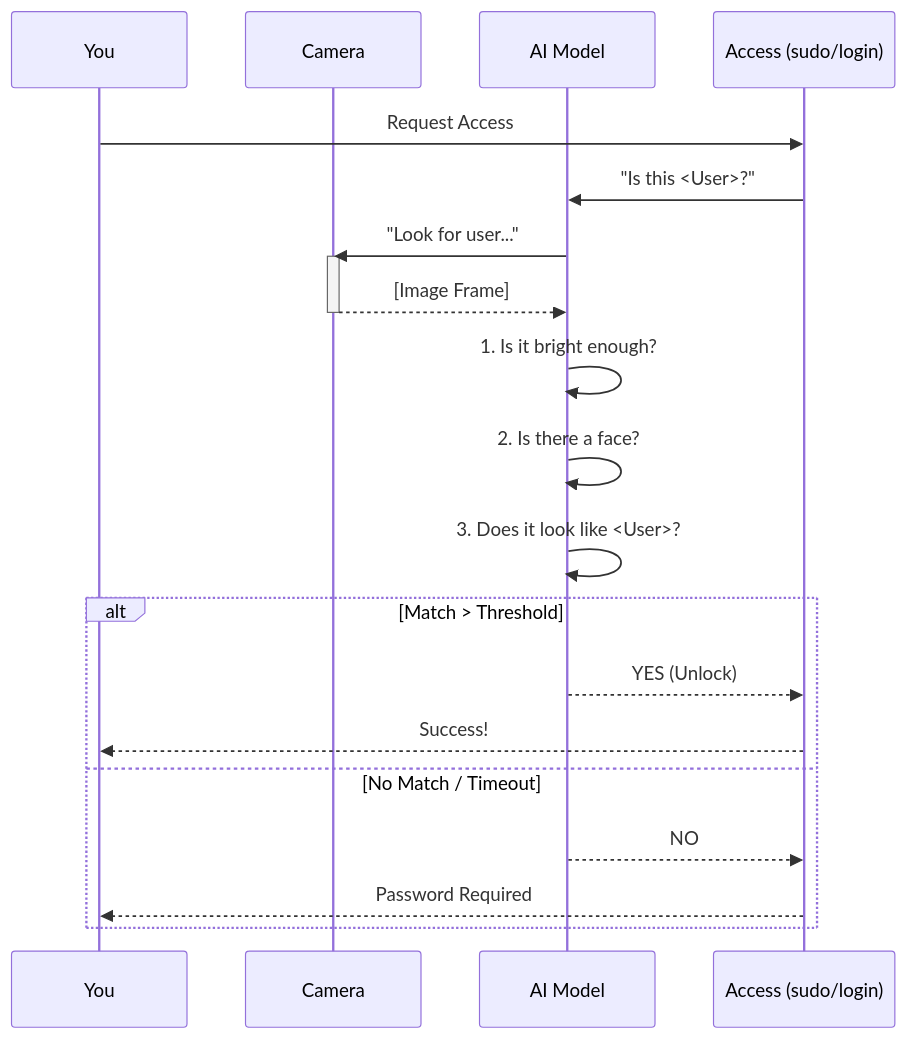
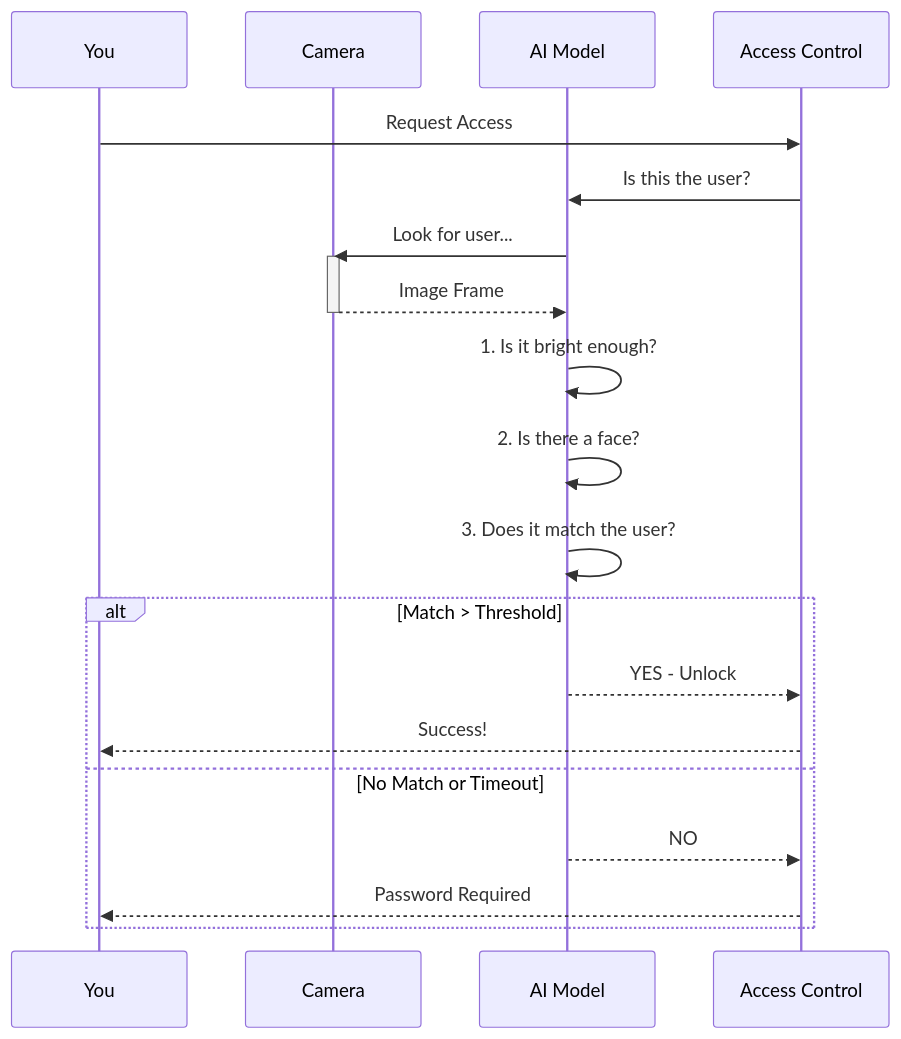
One commit to Vladush/LinuxCamPAM changed the third of 4 diagrams in docs/USER_FLOWS.md. Above: the diagram before and after it, drawn with Mermaid. The commit also changed other lines of this file, not shown here.

Commit message:
Fix all Mermaid diagram parsing errors for GitHub rendering

````diff
--- a/docs/USER_FLOWS.md
+++ b/docs/USER_FLOWS.md
@@ -70,27 +70,27 @@
 ```mermaid
 sequenceDiagram
     participant You
     participant Cam as Camera
     participant Brain as AI Model
-    participant Door as Access (sudo/login)
+    participant Door as Access Control
 
     You->>Door: Request Access
-    Door->>Brain: "Is this <User>?"
-    Brain->>Cam: "Look for user..."
+    Door->>Brain: Is this the user?
+    Brain->>Cam: Look for user...
     
     activate Cam
-    Cam-->>Brain: [Image Frame]
+    Cam-->>Brain: Image Frame
     deactivate Cam
     
     Brain->>Brain: 1. Is it bright enough?
     Brain->>Brain: 2. Is there a face?
-    Brain->>Brain: 3. Does it look like <User>?
+    Brain->>Brain: 3. Does it match the user?
     
     alt Match > Threshold
-        Brain-->>Door: YES (Unlock)
+        Brain-->>Door: YES - Unlock
         Door-->>You: Success!
-    else No Match / Timeout
+    else No Match or Timeout
         Brain-->>Door: NO
         Door-->>You: Password Required
     end
 ```
````
